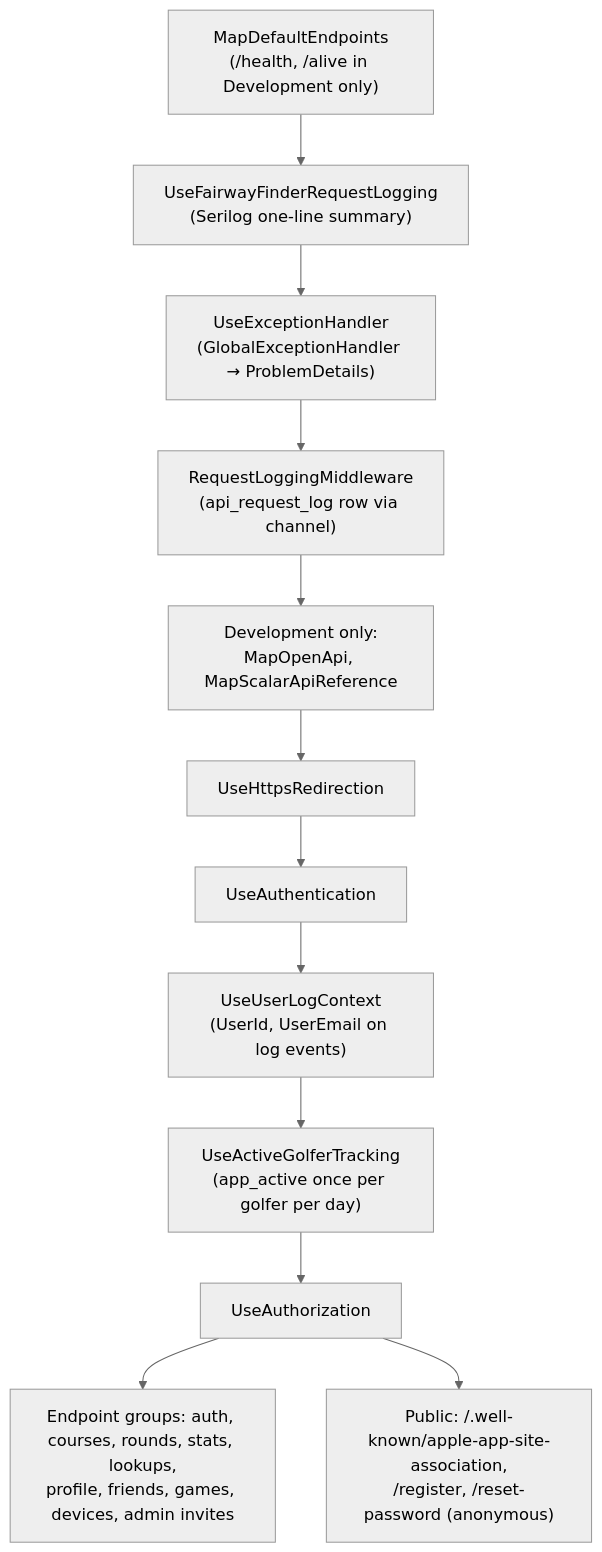
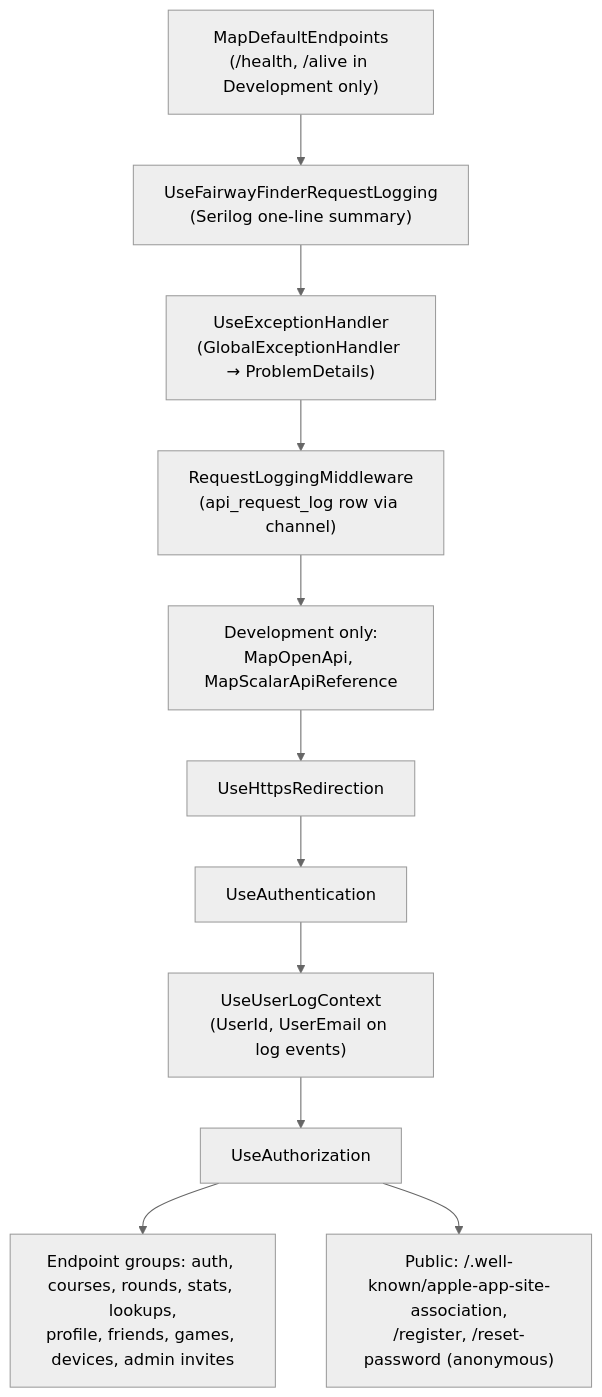
One commit to georgebjork/FairwayFinder changed the second of 2 diagrams in docs/architecture/hosting-and-configuration.md. Above: the diagram before and after it, drawn with Mermaid (neutral theme). The commit also changed other lines of this file and 56 other files, not shown here.

````diff
--- a/docs/architecture/hosting-and-configuration.md
+++ b/docs/architecture/hosting-and-configuration.md
@@ -43,11 +42,11 @@
 ```mermaid
 flowchart TD
     a["MapDefaultEndpoints<br/>(/health, /alive in Development only)"] --> b["UseFairwayFinderRequestLogging<br/>(Serilog one-line summary)"]
     b --> c["UseExceptionHandler<br/>(GlobalExceptionHandler → ProblemDetails)"]
     c --> d["RequestLoggingMiddleware<br/>(api_request_log row via channel)"]
     d --> e["Development only:<br/>MapOpenApi, MapScalarApiReference"]
     e --> f[UseHttpsRedirection] --> g[UseAuthentication] --> h["UseUserLogContext<br/>(UserId, UserEmail on log events)"]
-    h --> i["UseActiveGolferTracking<br/>(app_active once per golfer per day)"] --> j[UseAuthorization]
+    h --> j[UseAuthorization]
     j --> k["Endpoint groups: auth, courses, rounds, stats, lookups,<br/>profile, friends, games, devices, admin invites"]
     j --> l["Public: /.well-known/apple-app-site-association,<br/>/register, /reset-password (anonymous)"]
 ```
````
